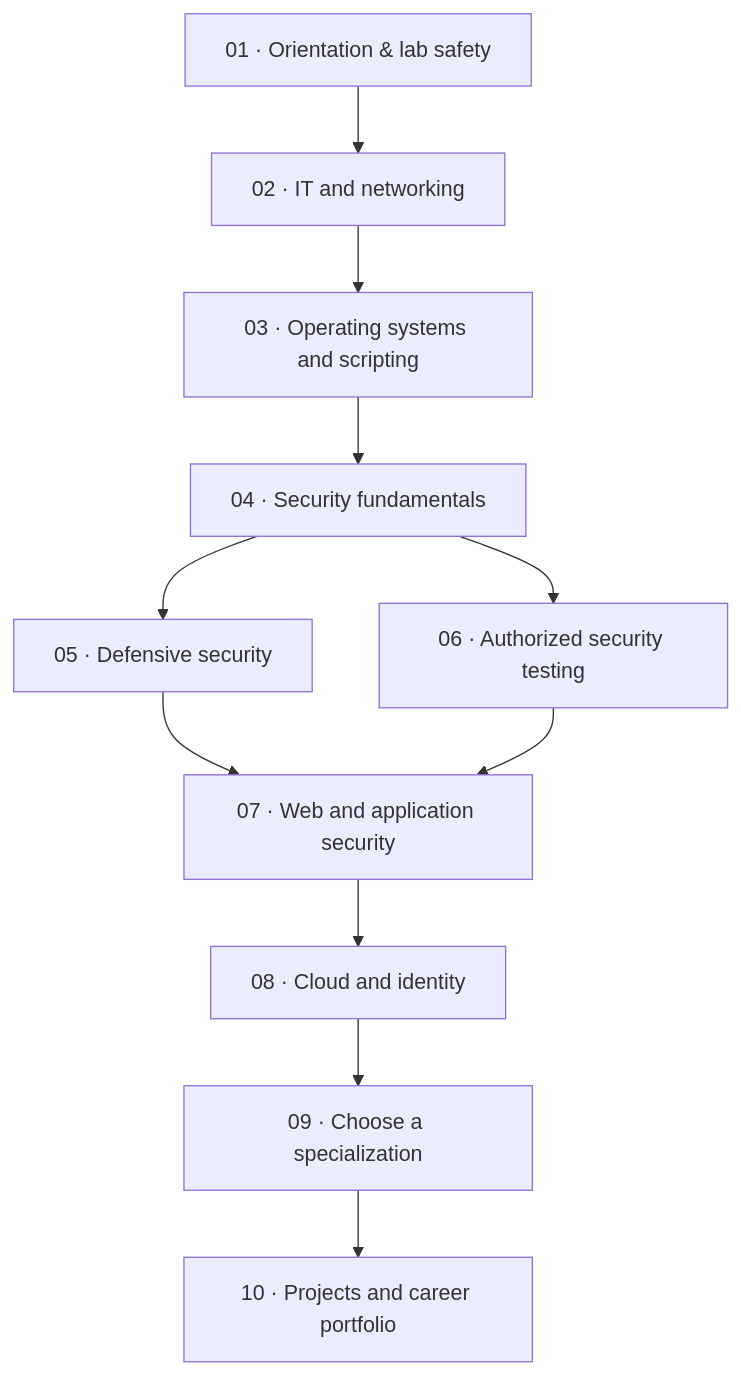
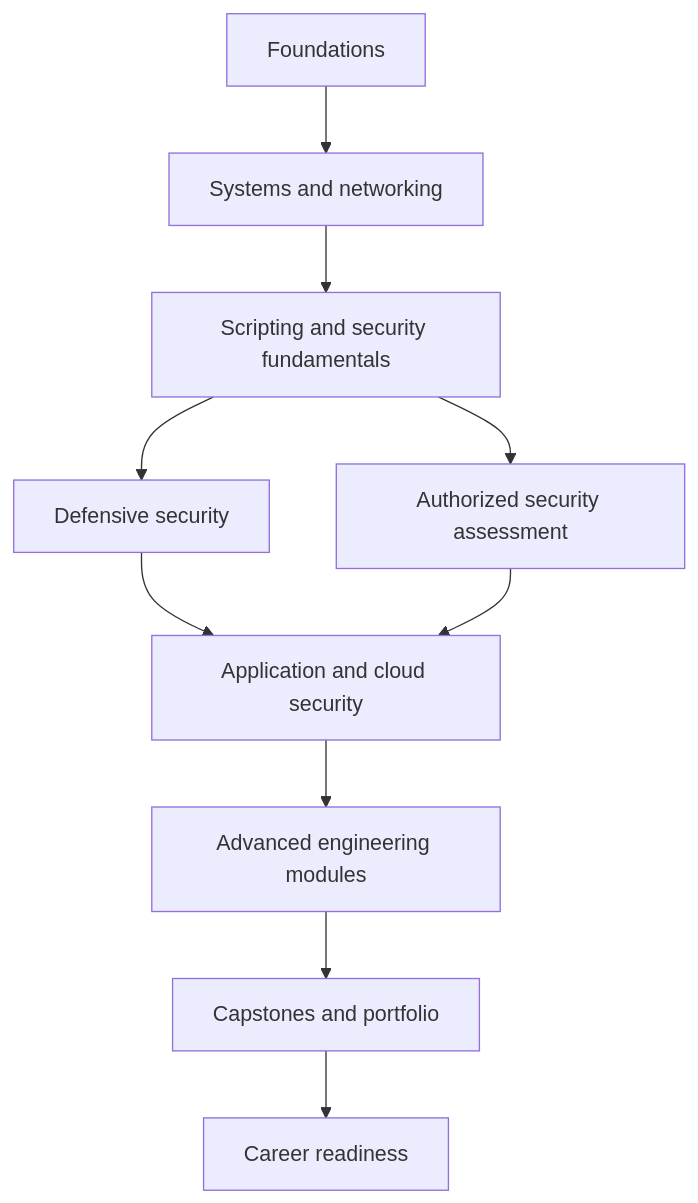
Before and after one commit to Rahulprasad29V/cybersecurity-roadmap: the diagram in README.md, drawn with Mermaid. The commit also changed other lines of this file, not shown here.

Commit message:
Upgrade README for advanced CyberWolf learning ecosystem

````diff
--- a/README.md
+++ b/README.md
@@ -34,13 +32,12 @@
 ```mermaid
 flowchart TD
-    A["01 · Orientation & lab safety"] --> B["02 · IT and networking"]
-    B --> C["03 · Operating systems and scripting"]
-    C --> D["04 · Security fundamentals"]
-    D --> E["05 · Defensive security"]
-    D --> F["06 · Authorized security testing"]
-    E --> G["07 · Web and application security"]
-    F --> G
-    G --> H["08 · Cloud and identity"]
-    H --> I["09 · Choose a specialization"]
-    I --> J["10 · Projects and career portfolio"]
+    A["Foundations"] --> B["Systems and networking"]
+    B --> C["Scripting and security fundamentals"]
+    C --> D["Defensive security"]
+    C --> E["Authorized security assessment"]
+    D --> F["Application and cloud security"]
+    E --> F
+    F --> G["Advanced engineering modules"]
+    G --> H["Capstones and portfolio"]
+    H --> I["Career readiness"]
 ```
````
